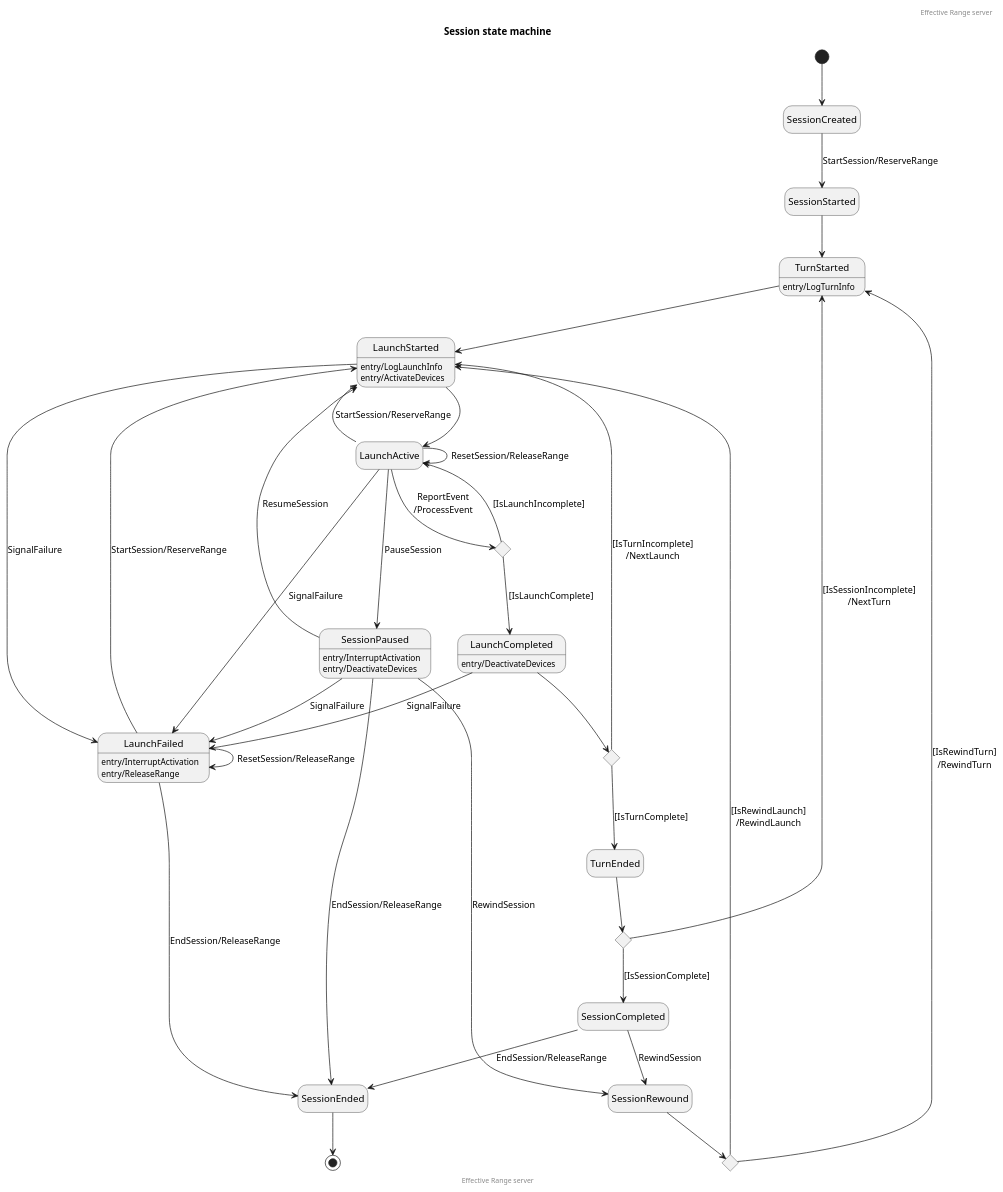
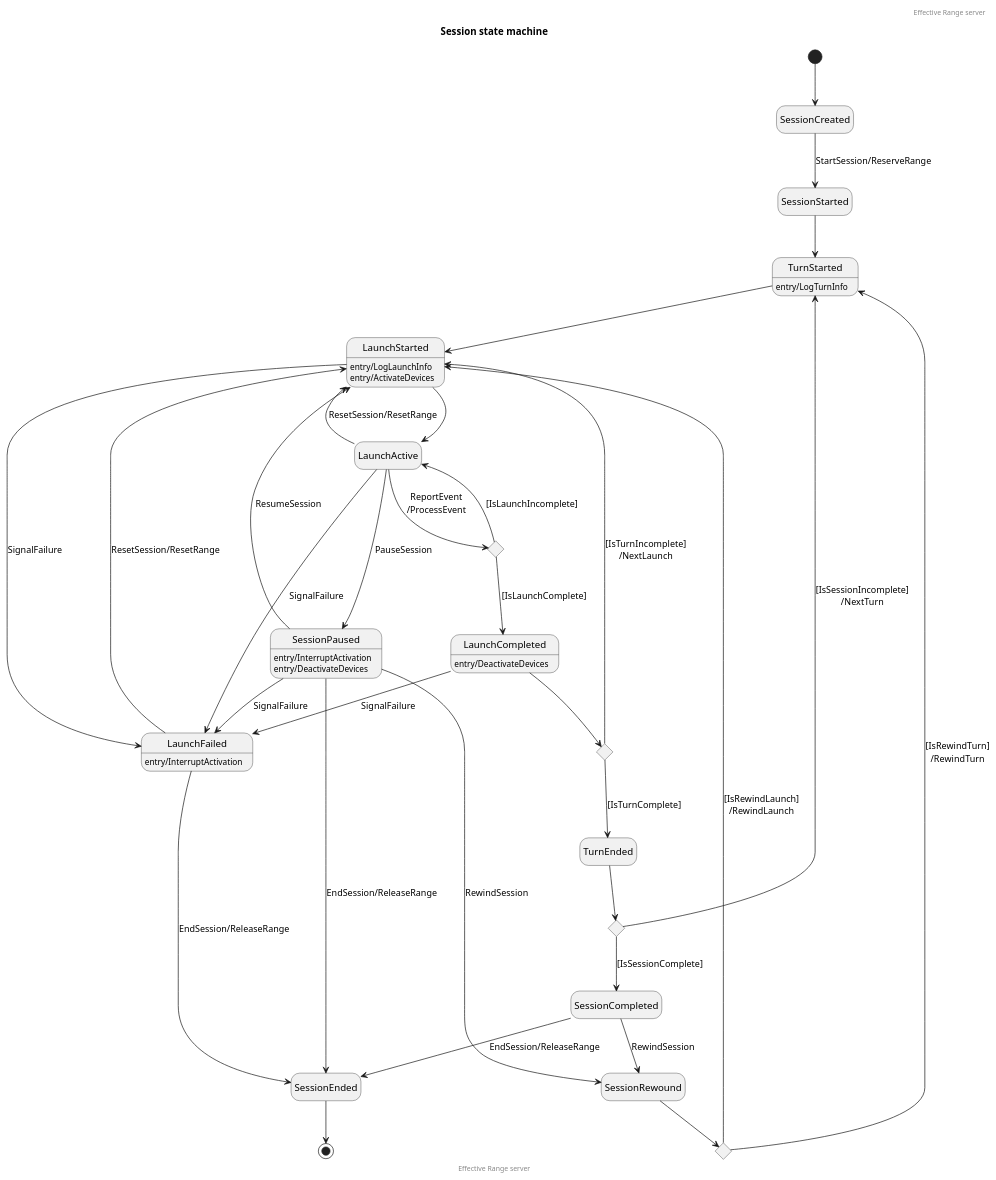
One commit to EffectiveRange/effective-range-api changed the diagram in state/server-session.puml. Above: the diagram before and after it, drawn with PlantUML.

Commit message:
Simplify server reset session state logic (#30)

```diff
--- a/state/server-session.puml
+++ b/state/server-session.puml
@@ -1,72 +1,69 @@
 @startuml
 hide empty description
 
 header Effective Range server
 title Session state machine
 
 [*] --> SessionCreated
 SessionCreated --> SessionStarted : StartSession/ReserveRange
 SessionStarted --> TurnStarted
 TurnStarted : entry/LogTurnInfo
 TurnStarted --> LaunchStarted
 
 LaunchStarted : entry/LogLaunchInfo
 LaunchStarted : entry/ActivateDevices
 LaunchStarted --> LaunchActive
 
 state LaunchActiveChoice <<choice>>
 
 ' Successful launch
 LaunchActive --> LaunchActiveChoice : ReportEvent\n/ProcessEvent
 LaunchActiveChoice --> LaunchActive : [IsLaunchIncomplete]
 LaunchActiveChoice --> LaunchCompleted : [IsLaunchComplete]
 LaunchCompleted : entry/DeactivateDevices
 
 state LaunchCompleteChoice <<choice>>
 
 LaunchCompleted --> LaunchCompleteChoice
 LaunchCompleteChoice --> LaunchStarted : [IsTurnIncomplete]\n/NextLaunch
 LaunchCompleteChoice --> TurnEnded : [IsTurnComplete]
 
 ' Failed launch
 LaunchStarted --> LaunchFailed : SignalFailure
 LaunchActive --> LaunchFailed : SignalFailure
 SessionPaused --> LaunchFailed : SignalFailure
 LaunchCompleted --> LaunchFailed : SignalFailure
 LaunchFailed : entry/InterruptActivation
-LaunchFailed : entry/ReleaseRange
-LaunchFailed --> LaunchStarted : StartSession/ReserveRange
-LaunchFailed --> LaunchFailed : ResetSession/ReleaseRange
+LaunchFailed --> LaunchStarted : ResetSession/ResetRange
 LaunchFailed --> SessionEnded : EndSession/ReleaseRange
 
 ' Paused session
 LaunchActive --> SessionPaused : PauseSession
 SessionPaused : entry/InterruptActivation
 SessionPaused : entry/DeactivateDevices
 SessionPaused --> LaunchStarted : ResumeSession
 SessionPaused --> SessionEnded : EndSession/ReleaseRange
 
 ' Continue session after server restart
-LaunchActive --> LaunchStarted : StartSession/ReserveRange
-LaunchActive --> LaunchActive : ResetSession/ReleaseRange
+LaunchActive --> LaunchStarted : ResetSession/ResetRange
 
 ' Rewound session
 state SessionRewoundChoice <<choice>>
 
 SessionPaused --> SessionRewound : RewindSession
 SessionRewound --> SessionRewoundChoice
 SessionRewoundChoice --> LaunchStarted : [IsRewindLaunch]\n/RewindLaunch
 SessionRewoundChoice --> TurnStarted : [IsRewindTurn]\n/RewindTurn
 
 state TurnEndedChoice <<choice>>
 
 TurnEnded --> TurnEndedChoice
 TurnEndedChoice --> TurnStarted : [IsSessionIncomplete]\n/NextTurn
 TurnEndedChoice --> SessionCompleted : [IsSessionComplete]
 SessionCompleted --> SessionRewound : RewindSession
 SessionCompleted --> SessionEnded : EndSession/ReleaseRange
 SessionEnded --> [*]
 
 footer Effective Range server
 
 @enduml
```
